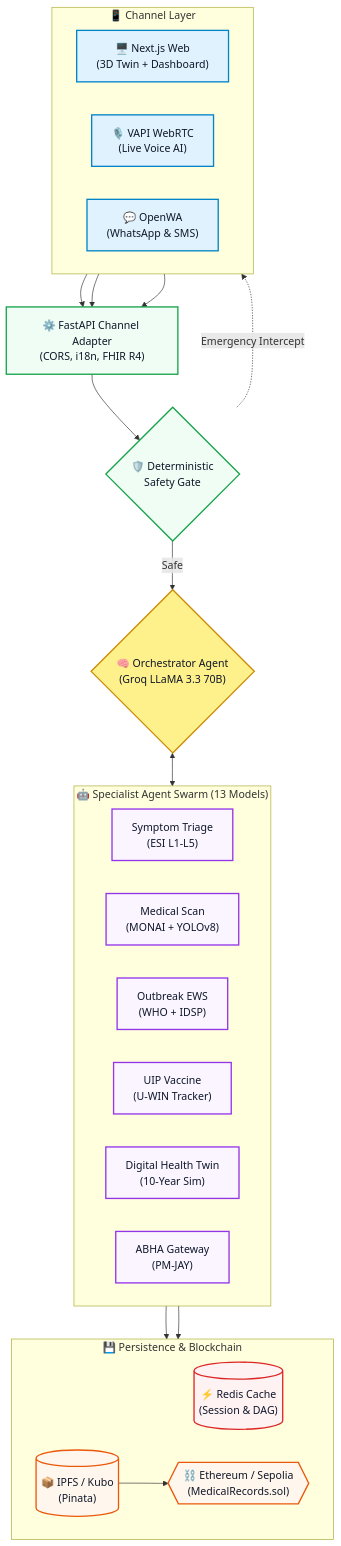
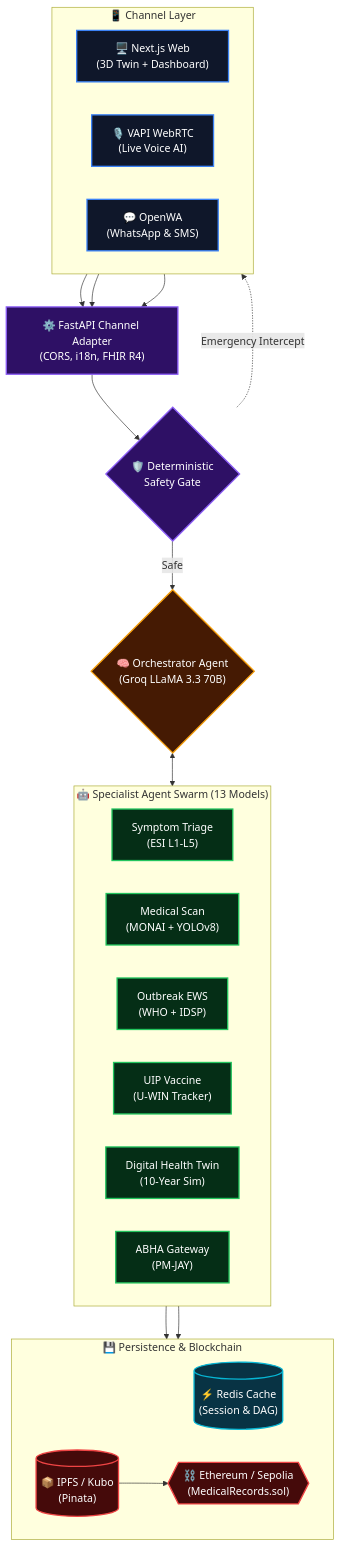
Before and after one commit to livingmangal/Synapse-OS: the first of 5 diagrams in README.md, drawn with Mermaid.

Commit message:
style(docs): apply dark mode colors to Mermaid architecture diagram

````diff
--- a/README.md
+++ b/README.md
@@ -162,54 +162,54 @@
 ```mermaid
 flowchart TD
-    classDef client fill:#e0f2fe,stroke:#0284c7,stroke-width:2px,color:#0f172a
-    classDef api fill:#f0fdf4,stroke:#16a34a,stroke-width:2px,color:#0f172a
-    classDef core fill:#fef08a,stroke:#ca8a04,stroke-width:2px,color:#0f172a
-    classDef agent fill:#faf5ff,stroke:#9333ea,stroke-width:2px,color:#0f172a
-    classDef db fill:#fef2f2,stroke:#dc2626,stroke-width:2px,color:#0f172a
-    classDef web3 fill:#fff7ed,stroke:#ea580c,stroke-width:2px,color:#0f172a
+    classDef client fill:#0f172a,stroke:#3b82f6,stroke-width:2px,color:#ffffff
+    classDef api fill:#2e1065,stroke:#8b5cf6,stroke-width:2px,color:#ffffff
+    classDef core fill:#451a03,stroke:#f59e0b,stroke-width:2px,color:#ffffff
+    classDef agent fill:#052e16,stroke:#22c55e,stroke-width:2px,color:#ffffff
+    classDef db fill:#083344,stroke:#06b6d4,stroke-width:2px,color:#ffffff
+    classDef web3 fill:#450a0a,stroke:#ef4444,stroke-width:2px,color:#ffffff
 
     %% Client Layer
     subgraph Clients ["📱 Channel Layer"]
         direction LR
         WEB["🖥️ Next.js Web\n(3D Twin + Dashboard)"]:::client
         VOICE["🎙️ VAPI WebRTC\n(Live Voice AI)"]:::client
         WA["💬 OpenWA\n(WhatsApp & SMS)"]:::client
     end
 
     %% API Layer
     API["⚙️ FastAPI Channel Adapter\n(CORS, i18n, FHIR R4)"]:::api
     SAFETY{"🛡️ Deterministic\nSafety Gate"}:::api
 
     %% Core
     ORCH{"🧠 Orchestrator Agent\n(Groq LLaMA 3.3 70B)"}:::core
 
     %% Agent Swarm
     subgraph Swarm ["🤖 Specialist Agent Swarm (13 Models)"]
         direction LR
         TRIAGE["Symptom Triage\n(ESI L1-L5)"]:::agent
         SCAN["Medical Scan\n(MONAI + YOLOv8)"]:::agent
         OUTBREAK["Outbreak EWS\n(WHO + IDSP)"]:::agent
         VAX["UIP Vaccine\n(U-WIN Tracker)"]:::agent
         TWIN["Digital Health Twin\n(10-Year Sim)"]:::agent
         ABDM["ABHA Gateway\n(PM-JAY)"]:::agent
     end
 
     %% Data & Blockchain
     subgraph Data ["💾 Persistence & Blockchain"]
         direction LR
         REDIS[("⚡ Redis Cache\n(Session & DAG)")]:::db
         IPFS[("📦 IPFS / Kubo\n(Pinata)")]:::web3
         CHAIN{{"⛓️ Ethereum / Sepolia\n(MedicalRecords.sol)"}}:::web3
     end
 
     %% Flow
     WEB & VOICE & WA --> API
     API --> SAFETY
     SAFETY -- "Safe" --> ORCH
     SAFETY -. "Emergency Intercept" .-> WEB
     ORCH <--> Swarm
     
     Swarm --> REDIS
     Swarm --> IPFS
     IPFS --> CHAIN
 ```
````
